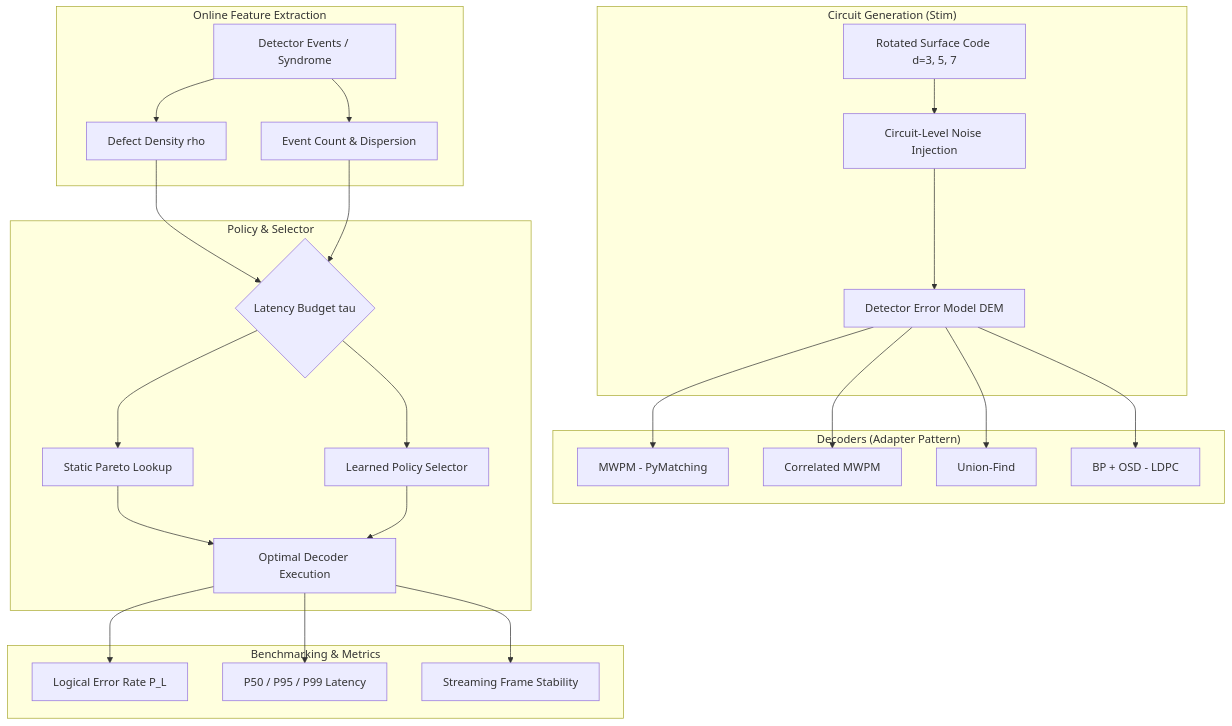
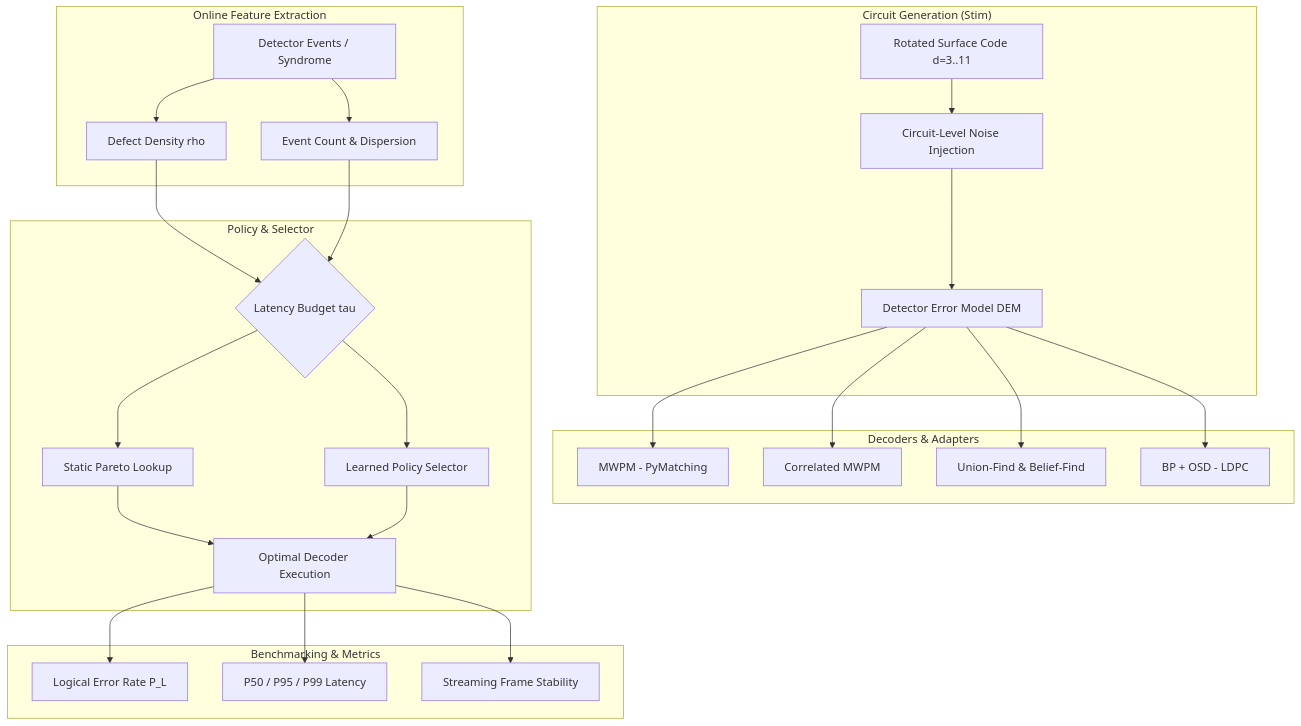
Before and after one commit to Nox-eturnus/Projects: the first of 2 diagrams in adaptive-surface-code-decoder/README.md, drawn with Mermaid. The commit also changed other lines of this file and 4 other files, not shown here.

````diff
--- a/adaptive-surface-code-decoder/README.md
+++ b/adaptive-surface-code-decoder/README.md
@@ -66,32 +64,32 @@
 ```mermaid
 flowchart TD
     subgraph Circuit_Generation["Circuit Generation (Stim)"]
-        A[Rotated Surface Code d=3, 5, 7] --> B[Circuit-Level Noise Injection]
+        A[Rotated Surface Code d=3..11] --> B[Circuit-Level Noise Injection]
         B --> C[Detector Error Model DEM]
     end
 
-    subgraph Decoders_Layer["Decoders (Adapter Pattern)"]
+    subgraph Decoders_Layer["Decoders & Adapters"]
         C --> D1[MWPM - PyMatching]
         C --> D2[Correlated MWPM]
-        C --> D3[Union-Find]
+        C --> D3[Union-Find & Belief-Find]
         C --> D4[BP + OSD - LDPC]
     end
 
     subgraph Feature_Extraction["Online Feature Extraction"]
         E[Detector Events / Syndrome] --> F[Defect Density rho]
         E --> G[Event Count & Dispersion]
     end
 
     subgraph Policy_Layer["Policy & Selector"]
         F & G --> H{Latency Budget tau}
         H --> I1[Static Pareto Lookup]
         H --> I2[Learned Policy Selector]
         I1 & I2 --> J[Optimal Decoder Execution]
     end
 
     subgraph Evaluation["Benchmarking & Metrics"]
         J --> K[Logical Error Rate P_L]
         J --> L[P50 / P95 / P99 Latency]
         J --> M[Streaming Frame Stability]
     end
 ```
````
